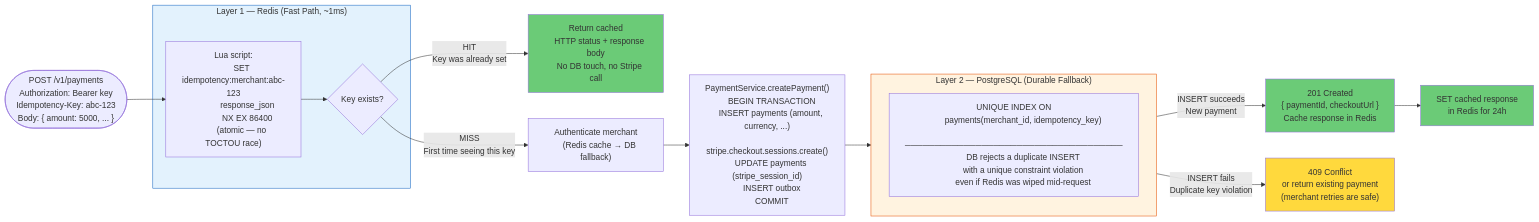
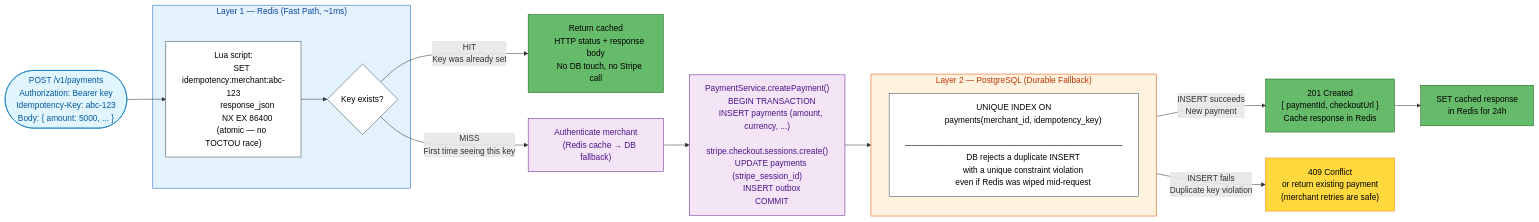
The diagram in docs/09-idempotency.md (Ravikant0211/payment-system), drawn with Mermaid before and after one commit. The commit also changed 6 other files, not shown here.

Commit message:
wip: update docs/*.md files diagrams

````diff
--- a/docs/09-idempotency.md
+++ b/docs/09-idempotency.md
@@ -5,65 +5,70 @@
 ```mermaid
 flowchart LR
     REQ(["POST /v1/payments
     Authorization: Bearer key
     Idempotency-Key: abc-123
     Body: { amount: 5000, ... }"]) --> L1_CHECK
 
     subgraph L1["Layer 1 — Redis  (Fast Path, ~1ms)"]
         L1_CHECK["Lua script:
         SET idempotency:merchant:abc-123
             response_json
             NX EX 86400
         (atomic — no TOCTOU race)"]
         L1_HIT{Key exists?}
         L1_CHECK --> L1_HIT
     end
 
     L1_HIT -->|"HIT
     Key was already set"| CACHED["Return cached
     HTTP status + response body
     No DB touch, no Stripe call"]
 
     L1_HIT -->|"MISS
     First time seeing this key"| AUTH["Authenticate merchant
     (Redis cache → DB fallback)"]
 
     AUTH --> SVC["PaymentService.createPayment()
     BEGIN TRANSACTION
     INSERT payments (amount, currency, ...)
     stripe.checkout.sessions.create()
     UPDATE payments (stripe_session_id)
     INSERT outbox
     COMMIT"]
 
     SVC --> L2
 
     subgraph L2["Layer 2 — PostgreSQL  (Durable Fallback)"]
         L2_CHECK["UNIQUE INDEX ON
         payments(merchant_id, idempotency_key)
         ─────────────────────────────────────
         DB rejects a duplicate INSERT
         with a unique constraint violation
         even if Redis was wiped mid-request"]
     end
 
     L2 -->|"INSERT succeeds
     New payment"| RESP_OK["201 Created
     { paymentId, checkoutUrl }
     Cache response in Redis"]
 
     L2 -->|"INSERT fails
     Duplicate key violation"| RESP_DUP["409 Conflict
     or return existing payment
     (merchant retries are safe)"]
 
     RESP_OK --> L1_STORE["SET cached response
     in Redis for 24h"]
 
-    style L1 fill:#e3f2fd,stroke:#1565C0
-    style L2 fill:#fff3e0,stroke:#E65100
-    style CACHED fill:#6bcb77
-    style RESP_OK fill:#6bcb77
-    style RESP_DUP fill:#ffd93d
-    style L1_STORE fill:#6bcb77
+    classDef default fill:#ffffff,stroke:#37474F,color:#000000
+
+    style L1 fill:#E3F2FD,stroke:#1565C0,color:#0D47A1
+    style L2 fill:#FFF3E0,stroke:#E65100,color:#BF360C
+    style CACHED fill:#66BB6A,stroke:#1B5E20,color:#000000
+    style RESP_OK fill:#66BB6A,stroke:#1B5E20,color:#000000
+    style RESP_DUP fill:#FFD93D,stroke:#F57F17,color:#000000
+    style L1_STORE fill:#66BB6A,stroke:#1B5E20,color:#000000
+    style REQ fill:#E1F5FE,stroke:#0277BD,color:#01579B
+    style AUTH fill:#F3E5F5,stroke:#6A1B9A,color:#4A148C
+    style SVC fill:#F3E5F5,stroke:#6A1B9A,color:#4A148C
 ```
````
